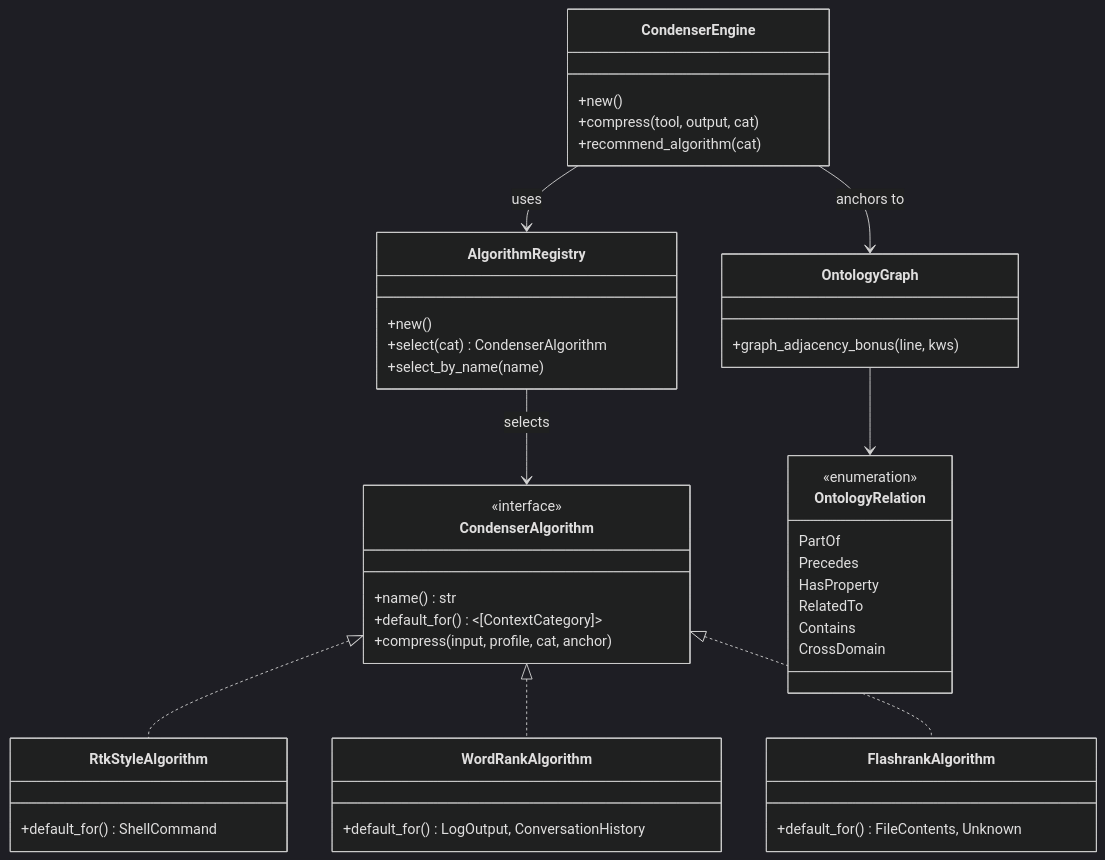
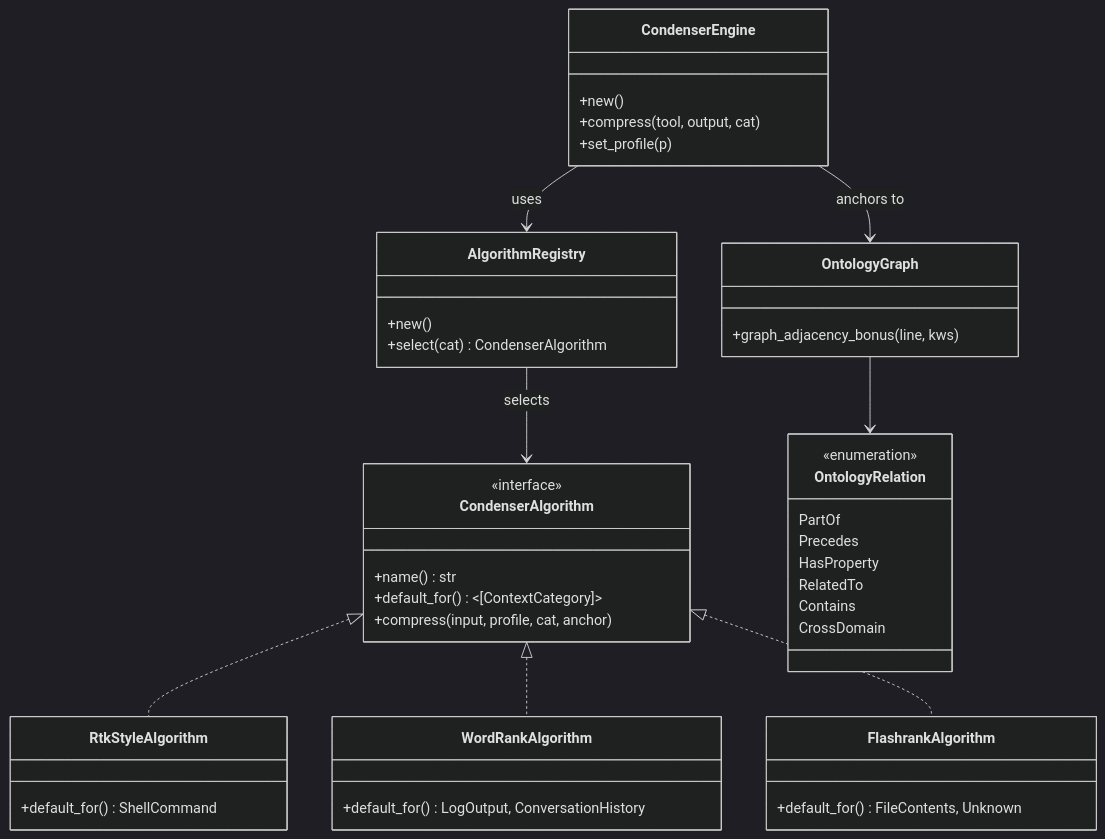
Before and after one commit to mdz-axo/zed-kask: the diagram in kask/docs/diataxis/hkask-condenser/reference.md, drawn with Mermaid (dark theme). The commit also changed other lines of this file and 17 other files, not shown here.

````diff
--- a/kask/docs/diataxis/hkask-condenser/reference.md
+++ b/kask/docs/diataxis/hkask-condenser/reference.md
@@ -61,48 +61,47 @@
 ```mermaid
 classDiagram
     class CondenserAlgorithm {
         <<interface>>
         +name() str
         +default_for() ~[ContextCategory]~
         +compress(input, profile, cat, anchor)
     }
     class RtkStyleAlgorithm {
         +default_for() ShellCommand
     }
     class WordRankAlgorithm {
         +default_for() LogOutput, ConversationHistory
     }
     class FlashrankAlgorithm {
         +default_for() FileContents, Unknown
     }
     class AlgorithmRegistry {
         +new()
         +select(cat) CondenserAlgorithm
-        +select_by_name(name)
     }
     class CondenserEngine {
         +new()
         +compress(tool, output, cat)
-        +recommend_algorithm(cat)
+        +set_profile(p)
     }
     class OntologyGraph {
         +graph_adjacency_bonus(line, kws)
     }
     class OntologyRelation {
         <<enumeration>>
         PartOf
         Precedes
         HasProperty
         RelatedTo
         Contains
         CrossDomain
     }
 
     CondenserAlgorithm <|.. RtkStyleAlgorithm
     CondenserAlgorithm <|.. WordRankAlgorithm
     CondenserAlgorithm <|.. FlashrankAlgorithm
     AlgorithmRegistry --> CondenserAlgorithm : selects
     CondenserEngine --> AlgorithmRegistry : uses
     CondenserEngine --> OntologyGraph : anchors to
     OntologyGraph --> OntologyRelation
 ```
````
